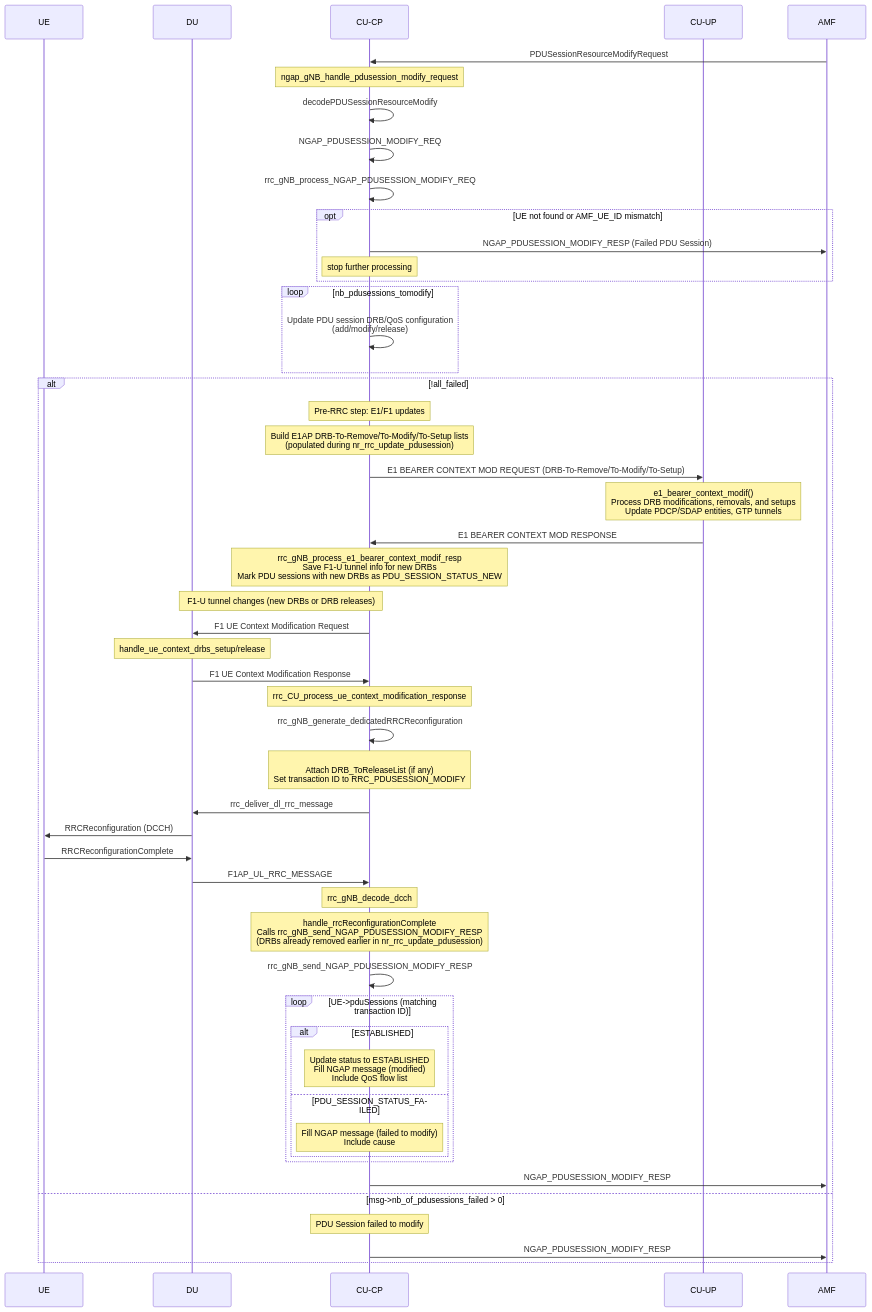
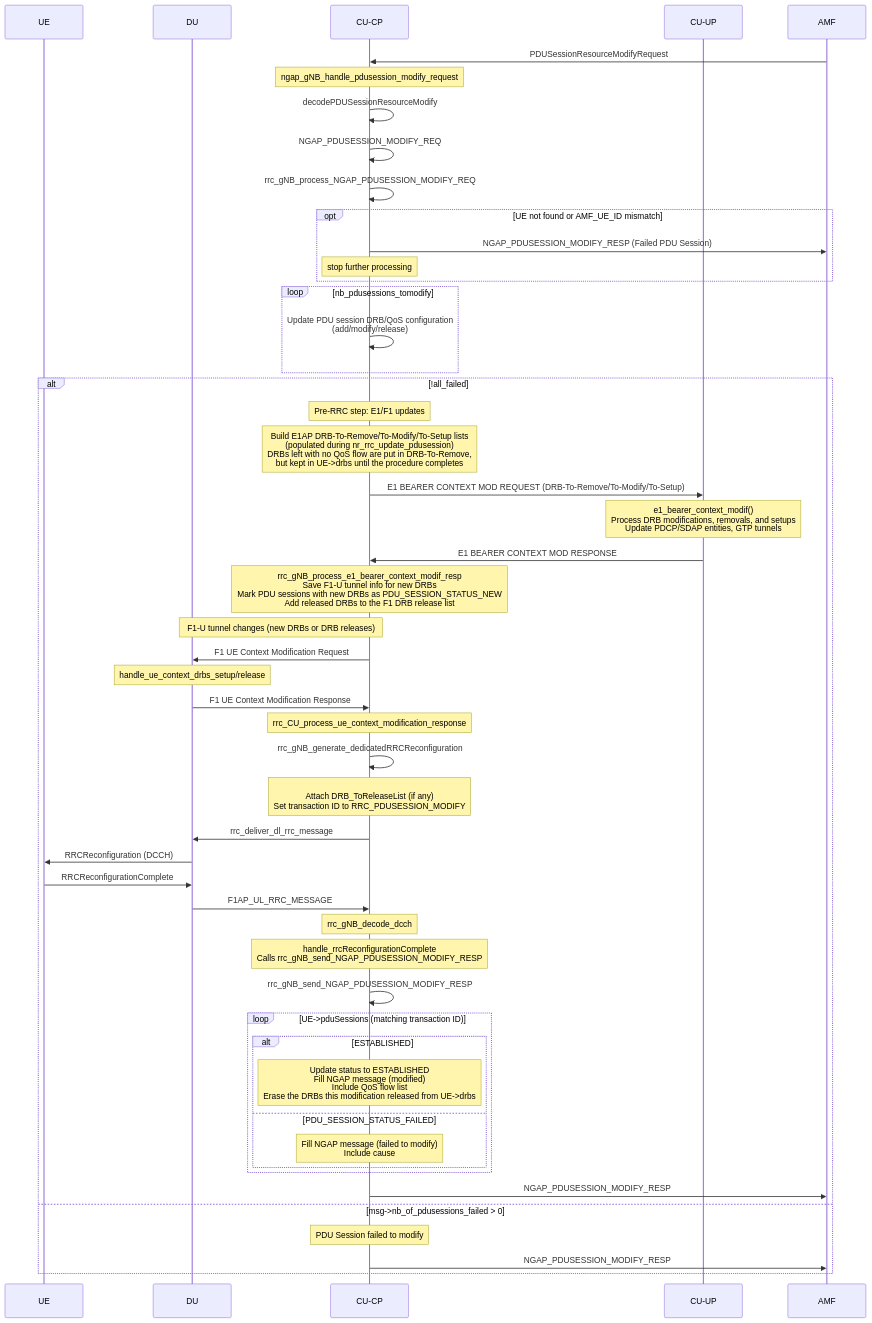
Before and after one commit to duranta-project/openairinterface5g: the sixth of 16 diagrams in doc/RRC/rrc-dev.md, drawn with Mermaid.

Commit message:
rrc-dev.md: update the PDU session modification sequence
The diagram said DRBs were "already removed earlier in
nr_rrc_update_pdusession", which the preceding commits changed: a DRB left
with no QoS flow is now put in the E1 DRB-To-Remove list but kept in UE->drbs,
so the F1 UE Context Modification and the RRC Reconfiguration can still be
built from it, and erased once the procedure completes.

That is the same order the PDU session release sequence below already
documents.

````diff
--- a/doc/RRC/rrc-dev.md
+++ b/doc/RRC/rrc-dev.md
@@ -254,58 +254,58 @@
 ```mermaid
 sequenceDiagram
     participant UE
     participant DU
     participant CUCP as CU-CP
     participant CUUP as CU-UP
     participant AMF
 
     AMF->>CUCP: PDUSessionResourceModifyRequest
     Note over CUCP: ngap_gNB_handle_pdusession_modify_request
     CUCP->>CUCP: decodePDUSessionResourceModify
     CUCP->>CUCP: NGAP_PDUSESSION_MODIFY_REQ
     CUCP->>CUCP: rrc_gNB_process_NGAP_PDUSESSION_MODIFY_REQ
     opt UE not found or AMF_UE_ID mismatch
         CUCP->>AMF: NGAP_PDUSESSION_MODIFY_RESP (Failed PDU Session)
         Note over CUCP: stop further processing
     end
 
     loop nb_pdusessions_tomodify
         CUCP->>CUCP: Update PDU session DRB/QoS configuration<br/>(add/modify/release)
     end
 
     alt !all_failed
         Note over CUCP: Pre-RRC step: E1/F1 updates
-        Note over CUCP: Build E1AP DRB-To-Remove/To-Modify/To-Setup lists<br/>(populated during nr_rrc_update_pdusession)
+        Note over CUCP: Build E1AP DRB-To-Remove/To-Modify/To-Setup lists<br/>(populated during nr_rrc_update_pdusession)<br/>DRBs left with no QoS flow are put in DRB-To-Remove,<br/>but kept in UE->drbs until the procedure completes
         CUCP->>CUUP: E1 BEARER CONTEXT MOD REQUEST (DRB-To-Remove/To-Modify/To-Setup)
         Note over CUUP: e1_bearer_context_modif()<br/>Process DRB modifications, removals, and setups<br/>Update PDCP/SDAP entities, GTP tunnels
         CUUP->>CUCP: E1 BEARER CONTEXT MOD RESPONSE
-        Note over CUCP: rrc_gNB_process_e1_bearer_context_modif_resp<br/>Save F1-U tunnel info for new DRBs<br/>Mark PDU sessions with new DRBs as PDU_SESSION_STATUS_NEW
+        Note over CUCP: rrc_gNB_process_e1_bearer_context_modif_resp<br/>Save F1-U tunnel info for new DRBs<br/>Mark PDU sessions with new DRBs as PDU_SESSION_STATUS_NEW<br/>Add released DRBs to the F1 DRB release list
         Note over CUCP, DU: F1-U tunnel changes (new DRBs or DRB releases)
         CUCP->>DU: F1 UE Context Modification Request
         Note over DU: handle_ue_context_drbs_setup/release
         DU->>CUCP: F1 UE Context Modification Response
         Note over CUCP: rrc_CU_process_ue_context_modification_response
         CUCP->>CUCP: rrc_gNB_generate_dedicatedRRCReconfiguration
 
         Note over CUCP: <br/>Attach DRB_ToReleaseList (if any)<br/>Set transaction ID to RRC_PDUSESSION_MODIFY
         CUCP->>DU: rrc_deliver_dl_rrc_message
         DU->>UE: RRCReconfiguration (DCCH)
         UE->>DU: RRCReconfigurationComplete
         DU->>CUCP: F1AP_UL_RRC_MESSAGE
         Note over CUCP: rrc_gNB_decode_dcch
-        Note over CUCP: handle_rrcReconfigurationComplete<br/>Calls rrc_gNB_send_NGAP_PDUSESSION_MODIFY_RESP<br/>(DRBs already removed earlier in nr_rrc_update_pdusession)
+        Note over CUCP: handle_rrcReconfigurationComplete<br/>Calls rrc_gNB_send_NGAP_PDUSESSION_MODIFY_RESP
 
         CUCP->>CUCP: rrc_gNB_send_NGAP_PDUSESSION_MODIFY_RESP
         loop UE->pduSessions (matching transaction ID)
             alt ESTABLISHED
-                Note over CUCP: Update status to ESTABLISHED<br/>Fill NGAP message (modified)<br/>Include QoS flow list
+                Note over CUCP: Update status to ESTABLISHED<br/>Fill NGAP message (modified)<br/>Include QoS flow list<br/>Erase the DRBs this modification released from UE->drbs
             else PDU_SESSION_STATUS_FAILED
                 Note over CUCP: Fill NGAP message (failed to modify)<br/>Include cause
             end
         end
         CUCP->>AMF: NGAP_PDUSESSION_MODIFY_RESP
     else msg->nb_of_pdusessions_failed > 0
         Note over CUCP: PDU Session failed to modify
         CUCP->>AMF: NGAP_PDUSESSION_MODIFY_RESP
 end
 ```
````
